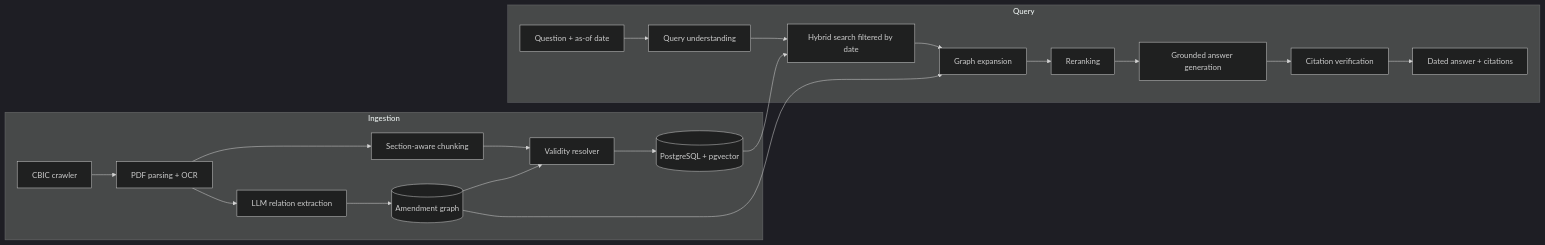
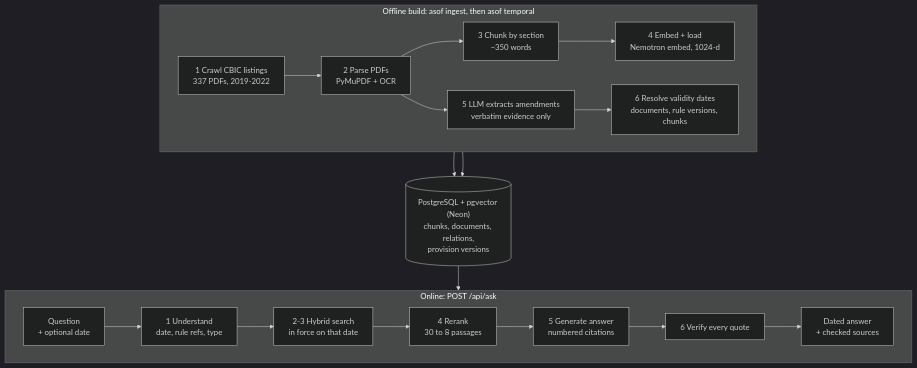
The first of 2 diagrams in README.md (Pranav-Conova/-RAG-), drawn with Mermaid (dark theme) before and after one commit. The commit also changed other lines of this file, not shown here.

Commit message:
Rewrite README architecture section to match the implementation

````diff
--- a/README.md
+++ b/README.md
@@ -66,23 +74,24 @@
 ```mermaid
-flowchart LR
-  subgraph Ingestion
-    A[CBIC crawler] --> B[PDF parsing + OCR]
-    B --> C[Section-aware chunking]
-    B --> D[LLM relation extraction]
-    D --> E[(Amendment graph)]
-    C --> F[Validity resolver]
-    E --> F
-    F --> G[(PostgreSQL + pgvector)]
+flowchart TB
+  subgraph BUILD["Offline build: asof ingest, then asof temporal"]
+    direction LR
+    A["1 Crawl CBIC listings<br/>337 PDFs, 2019-2022"] --> B["2 Parse PDFs<br/>PyMuPDF + OCR"]
+    B --> C["3 Chunk by section<br/>~350 words"]
+    C --> D["4 Embed + load<br/>Nemotron embed, 1024-d"]
+    B --> E["5 LLM extracts amendments<br/>verbatim evidence only"]
+    E --> F["6 Resolve validity dates<br/>documents, rule versions, chunks"]
   end
-  subgraph Query
-    Q[Question + as-of date] --> U[Query understanding]
-    U --> R[Hybrid search filtered by date]
-    R --> X[Graph expansion]
-    X --> RR[Reranking]
-    RR --> GEN[Grounded answer generation]
-    GEN --> V[Citation verification]
-    V --> OUT[Dated answer + citations]
+  DB[("PostgreSQL + pgvector (Neon)<br/>chunks, documents, relations,<br/>provision versions")]
+  D --> DB
+  F --> DB
+  subgraph ASK["Online: POST /api/ask"]
+    direction LR
+    Q["Question<br/>+ optional date"] --> U["1 Understand<br/>date, rule refs, type"]
+    U --> S["2-3 Hybrid search<br/>in force on that date"]
+    S --> R["4 Rerank<br/>30 to 8 passages"]
+    R --> G["5 Generate answer<br/>numbered citations"]
+    G --> V["6 Verify every quote"]
+    V --> O["Dated answer<br/>+ checked sources"]
   end
-  G --> R
-  E --> X
+  DB --> S
 ```
````
